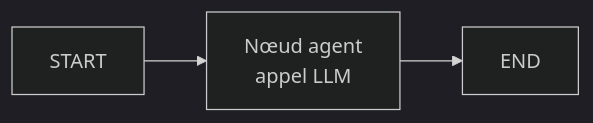
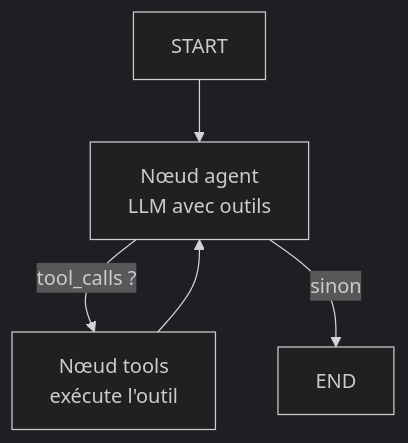
Before and after one commit to Nacir22/Full-Stack-Agentic-AI-Chatbot: the fourth of 5 diagrams in README.md, drawn with Mermaid (dark theme). The commit also changed other lines of this file and 10 other files, not shown here.

````diff
--- a/README.md
+++ b/README.md
@@ -336,5 +338,7 @@
 ```mermaid
-graph LR
-    START --> AGENT[Nœud agent<br/>appel LLM]
-    AGENT --> END
+graph TD
+    START --> AGENT[Nœud agent<br/>LLM avec outils]
+    AGENT -->|tool_calls ?| TOOLS[Nœud tools<br/>exécute l'outil]
+    TOOLS --> AGENT
+    AGENT -->|sinon| END
 ```
````
